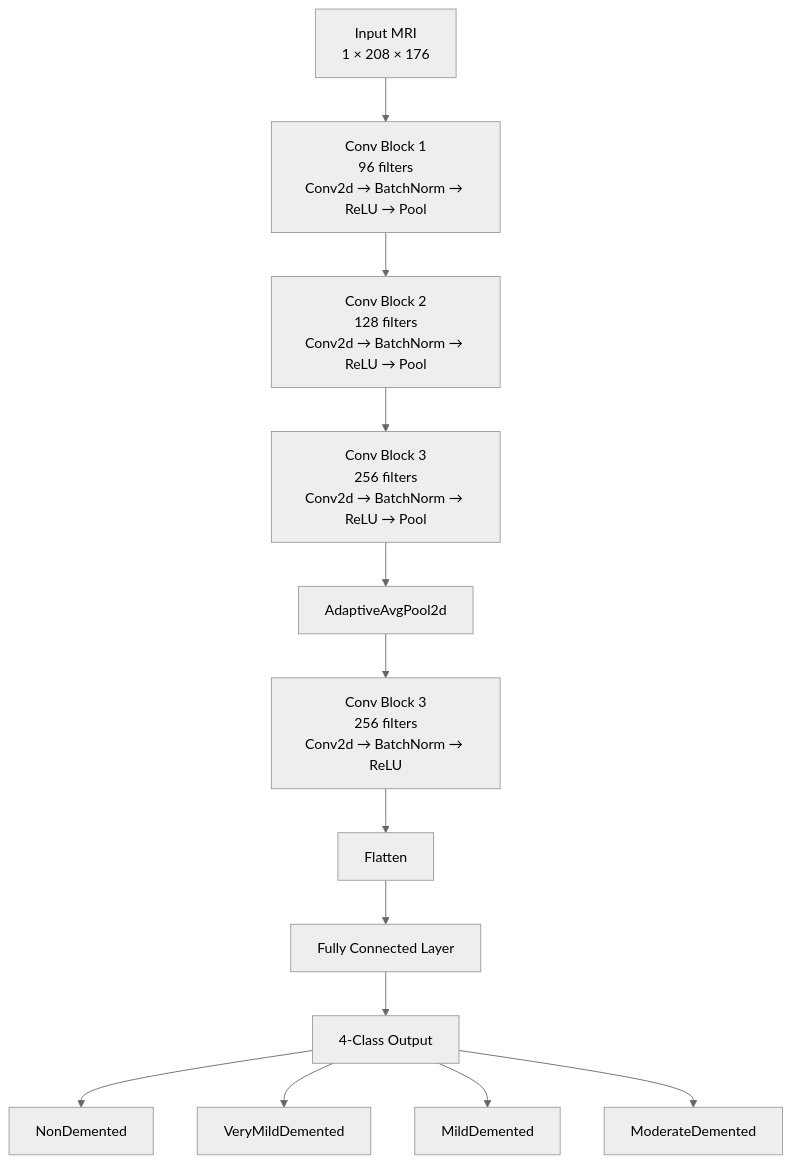
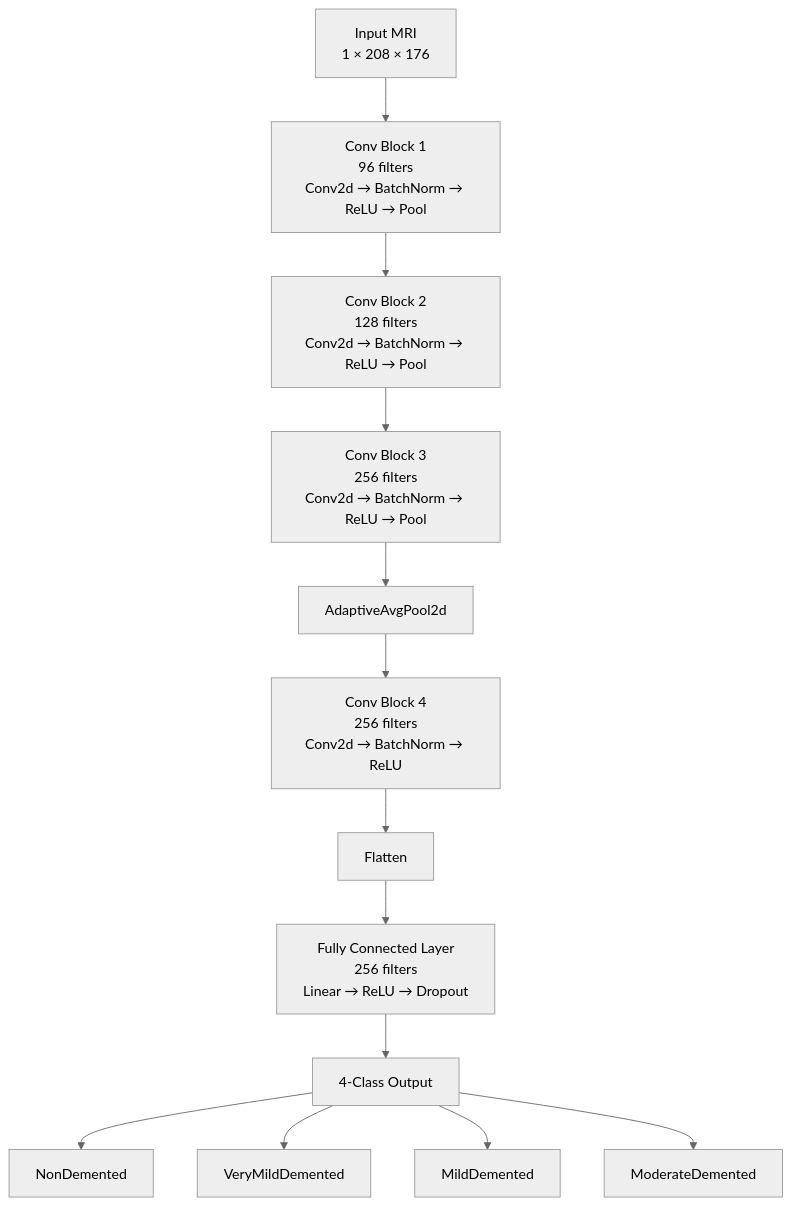
Before and after one commit to InternetUser123823/Alzheimer-s-CNN-MRI-Imaging-Classification: the diagram in README.md, drawn with Mermaid (neutral theme). The commit also changed other lines of this file, not shown here.

````diff
--- a/README.md
+++ b/README.md
@@ -28,19 +28,19 @@
 ```mermaid
 flowchart TD
     A["Input MRI<br/>1 × 208 × 176"]
     
     A --> B["Conv Block 1<br/>96 filters<br/>Conv2d → BatchNorm → ReLU → Pool"]
     B --> C["Conv Block 2<br/>128 filters<br/>Conv2d → BatchNorm → ReLU → Pool"]
     C --> D["Conv Block 3<br/>256 filters<br/>Conv2d → BatchNorm → ReLU → Pool"]
     D --> E["AdaptiveAvgPool2d"]
-    E --> F["Conv Block 3<br/>256 filters</br/>Conv2d → BatchNorm → ReLU"]
+    E --> F["Conv Block 4<br/>256 filters</br/>Conv2d → BatchNorm → ReLU"]
   
     F --> G["Flatten"]
-    G --> H["Fully Connected Layer"]
+    G --> H["Fully Connected Layer<br/>256 filters<br/>Linear → ReLU → Dropout"]
     H --> I["4-Class Output"]
     
     I --> J["NonDemented"]
     I --> K["VeryMildDemented"]
     I --> L["MildDemented"]
     I --> M["ModerateDemented"]
 ```
````
